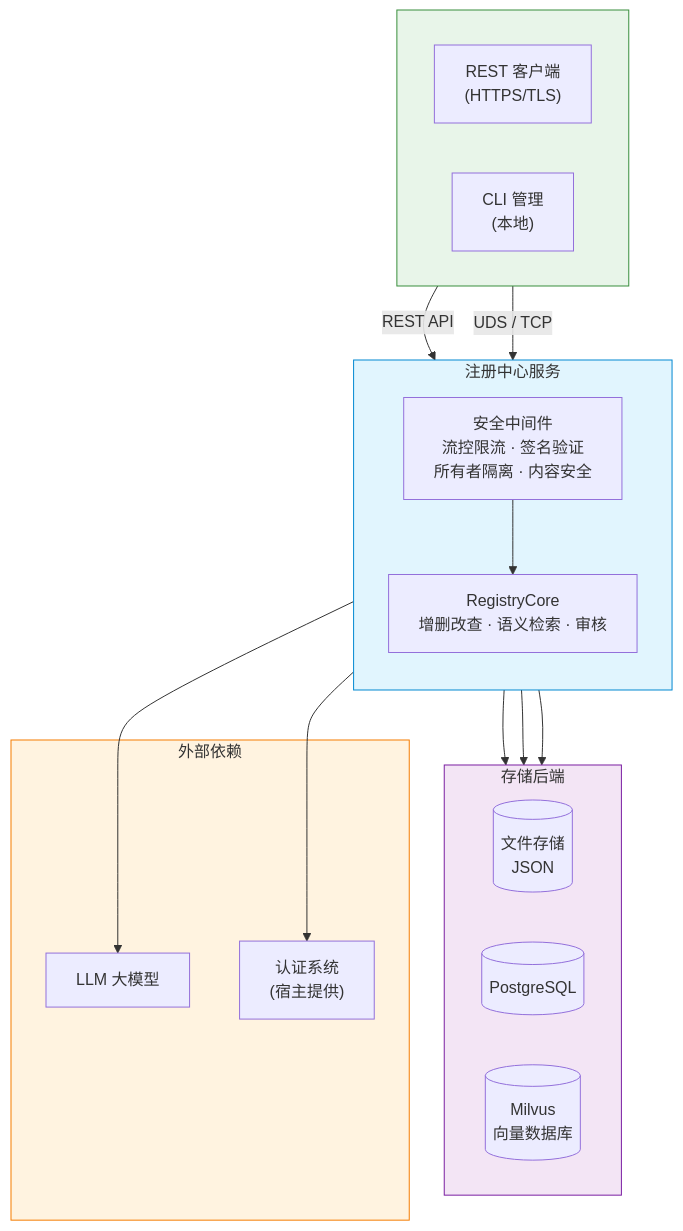
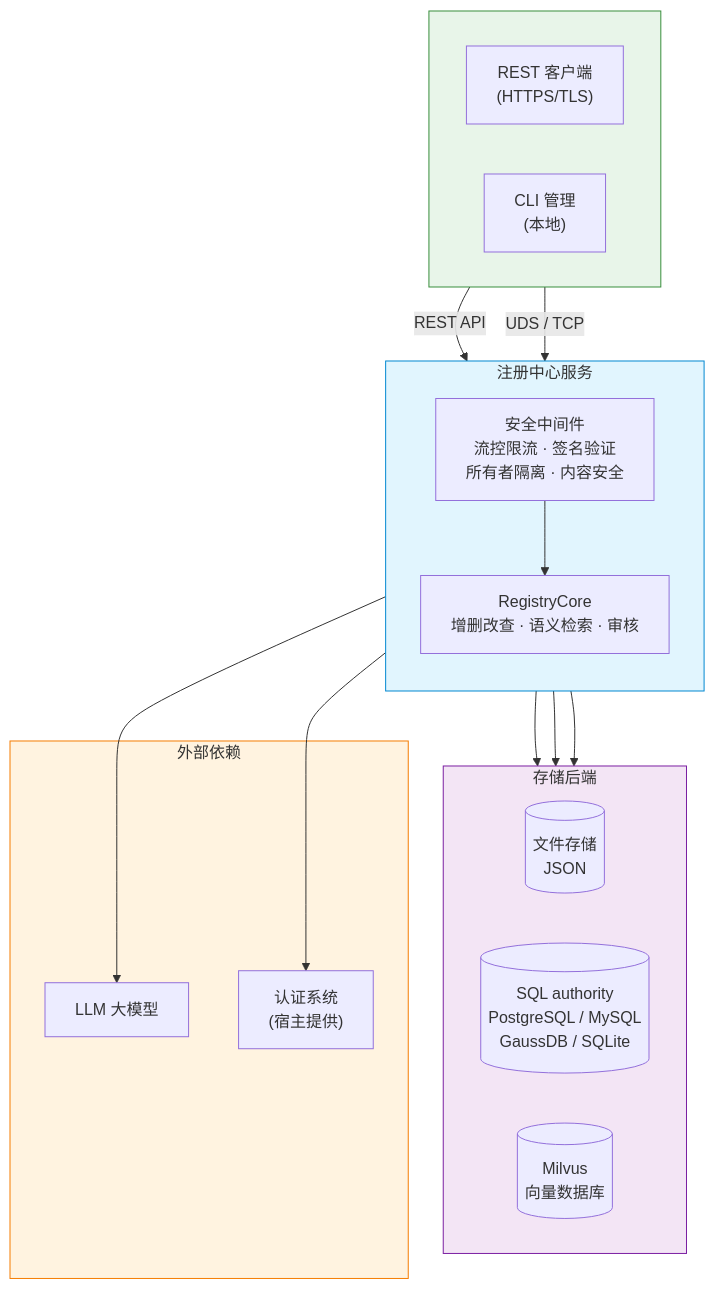
One commit to Zhoujie628/registry-center changed the diagram in README_zh.md. Above: the diagram before and after it, drawn with Mermaid. The commit also changed other lines of this file and 16 other files, not shown here.

````diff
--- a/README_zh.md
+++ b/README_zh.md
@@ -137,40 +138,40 @@
 ```mermaid
 flowchart TB
     subgraph clients[" "]
         direction LR
         rest["REST 客户端<br/>(HTTPS/TLS)"]
         cli["CLI 管理<br/>(本地)"]
     end
 
     subgraph server["注册中心服务"]
         direction TB
         mw["安全中间件<br/>流控限流 · 签名验证<br/>所有者隔离 · 内容安全"]
         core["RegistryCore<br/>增删改查 · 语义检索 · 审核"]
     end
 
     subgraph storage["存储后端"]
         direction LR
         file[("文件存储<br/>JSON")]
-        pg[("PostgreSQL")]
+        pg[("SQL authority<br/>PostgreSQL / MySQL<br/>GaussDB / SQLite")]
         milvus[("Milvus<br/>向量数据库")]
     end
 
     subgraph ext["外部依赖"]
         llm["LLM 大模型"]
         auth["认证系统<br/>(宿主提供)"]
     end
 
     rest -->|"REST API"| mw
     cli -->|"UDS / TCP"| core
     mw --> core
     core --> file
     core --> pg
     core --> milvus
     core --> llm
     core --> auth
 
     style server fill:#e1f5fe,stroke:#0288d1
     style storage fill:#f3e5f5,stroke:#7b1fa2
     style clients fill:#e8f5e9,stroke:#388e3c
     style ext fill:#fff3e0,stroke:#f57c00
 ```
````
